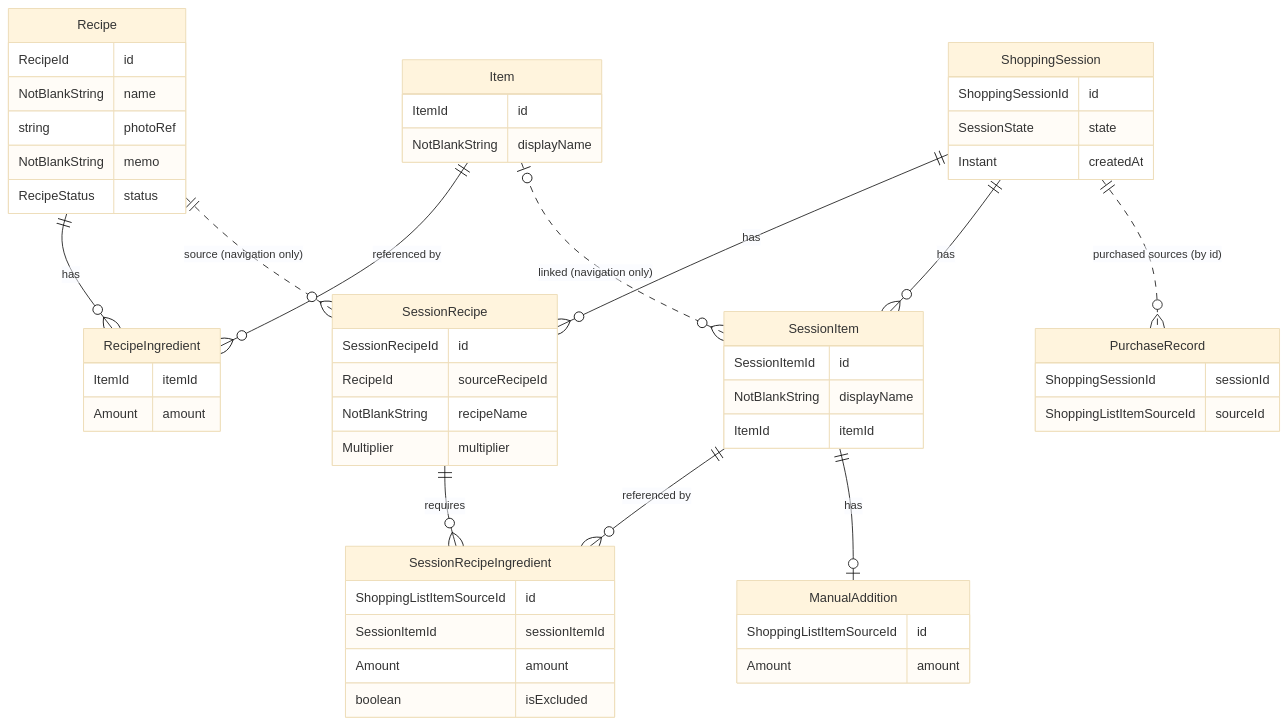
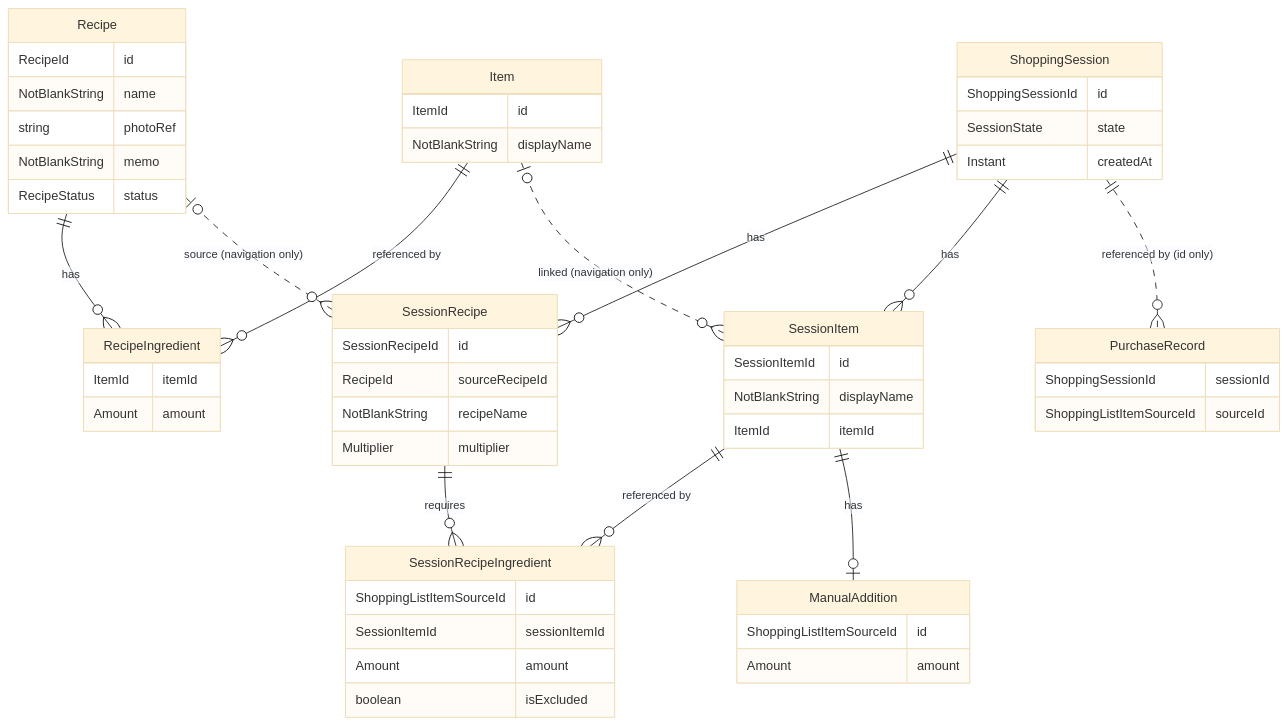
One commit to kyo1941/RecipeDeck changed the diagram in docs/architecture.md. Above: the diagram before and after it, drawn with Mermaid (base theme). The commit also changed other lines of this file and 2 other files, not shown here.

````diff
--- a/docs/architecture.md
+++ b/docs/architecture.md
@@ -57,68 +57,68 @@
 ```mermaid
 erDiagram
     Recipe ||--o{ RecipeIngredient : "has"
     Item ||--o{ RecipeIngredient : "referenced by"
 
     ShoppingSession ||--o{ SessionRecipe : "has"
     ShoppingSession ||--o{ SessionItem : "has"
     SessionRecipe ||--o{ SessionRecipeIngredient : "requires"
     SessionItem ||--o{ SessionRecipeIngredient : "referenced by"
     SessionItem ||--o| ManualAddition : "has"
     Item |o..o{ SessionItem : "linked (navigation only)"
-    Recipe ||..o{ SessionRecipe : "source (navigation only)"
-    ShoppingSession ||..o{ PurchaseRecord : "purchased sources (by id)"
+    Recipe |o..o{ SessionRecipe : "source (navigation only)"
+    ShoppingSession ||..o{ PurchaseRecord : "referenced by (id only)"
 
     Recipe {
         RecipeId id
         NotBlankString name
         string photoRef
         NotBlankString memo
         RecipeStatus status
     }
 
     Item {
         ItemId id
         NotBlankString displayName
     }
 
     RecipeIngredient {
         ItemId itemId
         Amount amount
     }
 
     ShoppingSession {
         ShoppingSessionId id
         SessionState state
         Instant createdAt
     }
 
     SessionRecipe {
         SessionRecipeId id
         RecipeId sourceRecipeId
         NotBlankString recipeName
         Multiplier multiplier
     }
 
     SessionItem {
         SessionItemId id
         NotBlankString displayName
         ItemId itemId
     }
 
     ManualAddition {
         ShoppingListItemSourceId id
         Amount amount
     }
 
     SessionRecipeIngredient {
         ShoppingListItemSourceId id
         SessionItemId sessionItemId
         Amount amount
         boolean isExcluded
     }
 
     PurchaseRecord {
         ShoppingSessionId sessionId
         ShoppingListItemSourceId sourceId
     }
 ```
````
